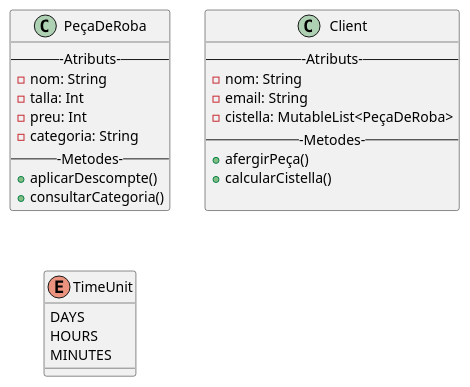
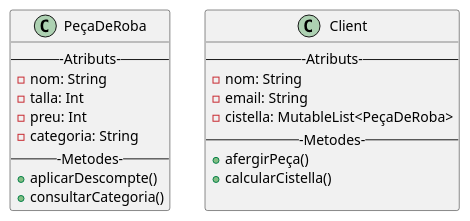
Before and after one commit to ScarlettToala/m05-Exercicis-UML: the diagram in src/main/kotlin/UML/BotigaRoba.puml, drawn with PlantUML.

Commit message:
millores

```diff
--- a/src/main/kotlin/UML/BotigaRoba.puml
+++ b/src/main/kotlin/UML/BotigaRoba.puml
@@ -1,32 +1,26 @@
 @startuml
 'https://plantuml.com/class-diagram
 
 class PeçaDeRoba {
 ---Atributs---
 - nom: String
 - talla: Int
 - preu: Int
 - categoria: String
 ---Metodes---
 + aplicarDescompte()
 + consultarCategoria()
 }
 
 class Client {
 ---Atributs---
 - nom: String
 - email: String
 - cistella: MutableList<PeçaDeRoba>
 ---Metodes---
 + afergirPeça()
 + calcularCistella()
 
 }
 
-enum TimeUnit {
-DAYS
-HOURS
-MINUTES
-}
-
 @enduml
```
